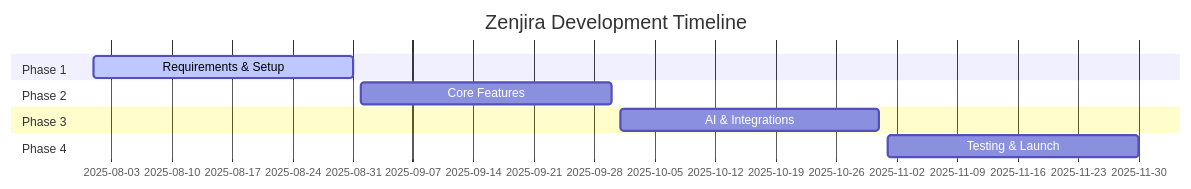
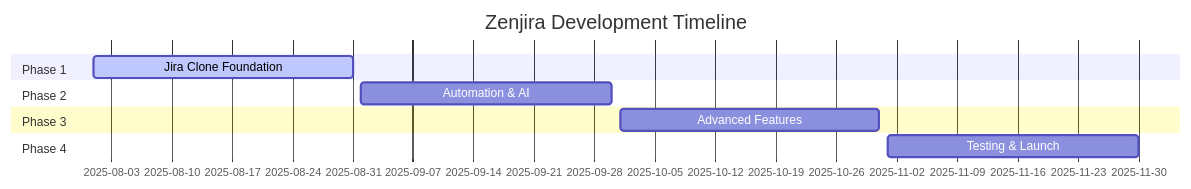
The diagram in README.md (Promptzy/Nexara), drawn with Mermaid before and after one commit. The commit also changed other lines of this file, not shown here.

````diff
--- a/README.md
+++ b/README.md
@@ -156,13 +156,13 @@
 ```mermaid
 gantt
     title Zenjira Development Timeline
     dateFormat  MM-DD
     section Phase 1
-    Requirements & Setup    :active, p1, 08-01, 08-31
+    Jira Clone Foundation    :active, p1, 08-01, 08-31
     section Phase 2  
-    Core Features          :p2, 09-01, 09-30
+    Automation & AI          :p2, 09-01, 09-30
     section Phase 3
-    AI & Integrations      :p3, 10-01, 10-31
+    Advanced Features        :p3, 10-01, 10-31
     section Phase 4
-    Testing & Launch       :p4, 11-01, 11-30
+    Testing & Launch         :p4, 11-01, 11-30
 ```
````
